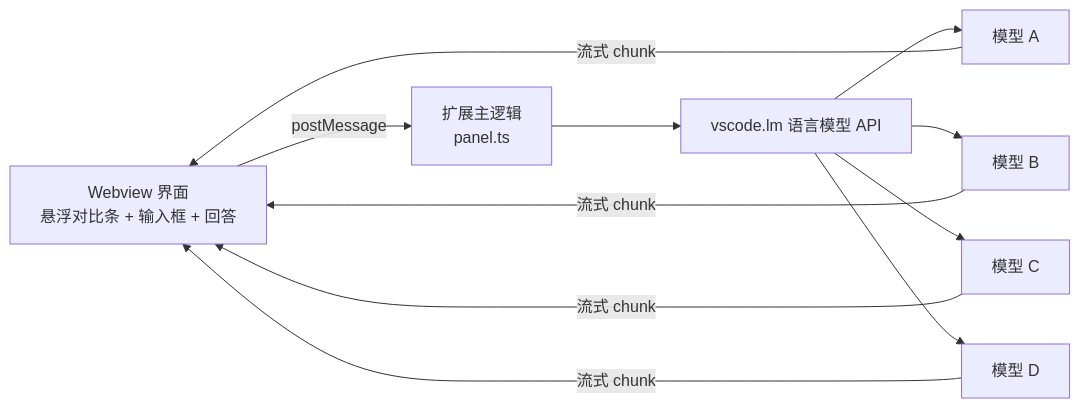
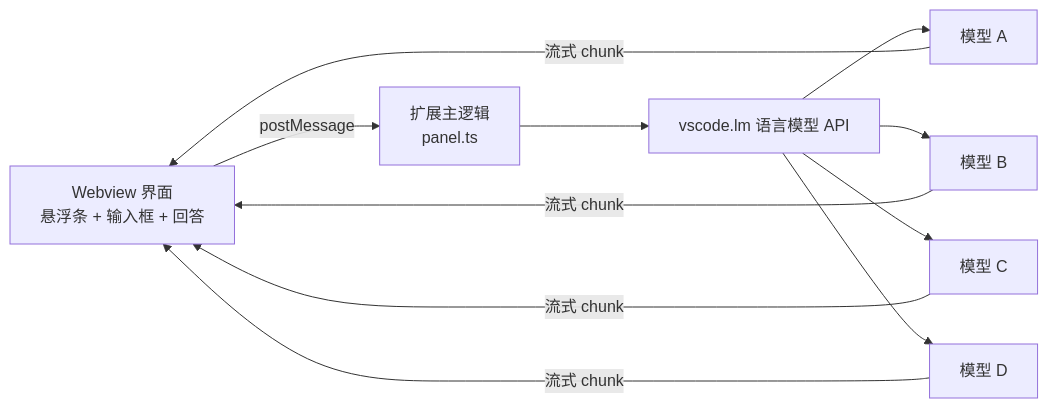
Before and after one commit to think2do/VsCode_ModleEvaluation: the first of 2 diagrams in README.md, drawn with Mermaid. The commit also changed other lines of this file and 25 other files, not shown here.

````diff
--- a/README.md
+++ b/README.md
@@ -249,10 +249,10 @@
 ```mermaid
 flowchart LR
-    UI[Webview 界面<br/>悬浮对比条 + 输入框 + 回答] -->|postMessage| EXT[扩展主逻辑<br/>panel.ts]
+    UI[Webview 界面<br/>悬浮条 + 输入框 + 回答] -->|postMessage| EXT[扩展主逻辑<br/>panel.ts]
     EXT --> LM[vscode.lm 语言模型 API]
     LM --> M1[模型 A]
     LM --> M2[模型 B]
     LM --> M3[模型 C]
     LM --> M4[模型 D]
     M1 & M2 & M3 & M4 -->|流式 chunk| UI
 ```
````
